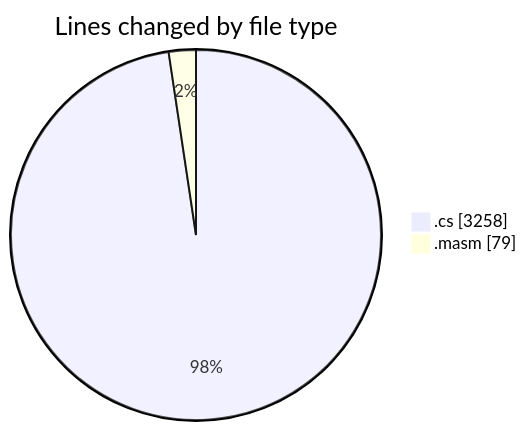
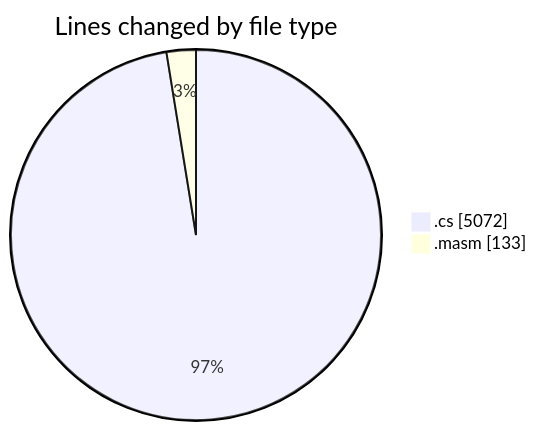
One commit to charlie-sans/code-tracking changed the first of 2 diagrams in 2025-03-17/sharpmasm/README.md. Above: the diagram before and after it, drawn with Mermaid. The commit also changed other lines of this file and 1 other file, not shown here.

````diff
--- a/2025-03-17/sharpmasm/README.md
+++ b/2025-03-17/sharpmasm/README.md
@@ -26,6 +26,6 @@
 ```mermaid
 pie showData
 title Lines changed by file type
-".cs" : 3258
-".masm" : 79
+".cs" : 5072
+".masm" : 133
 ```
````
